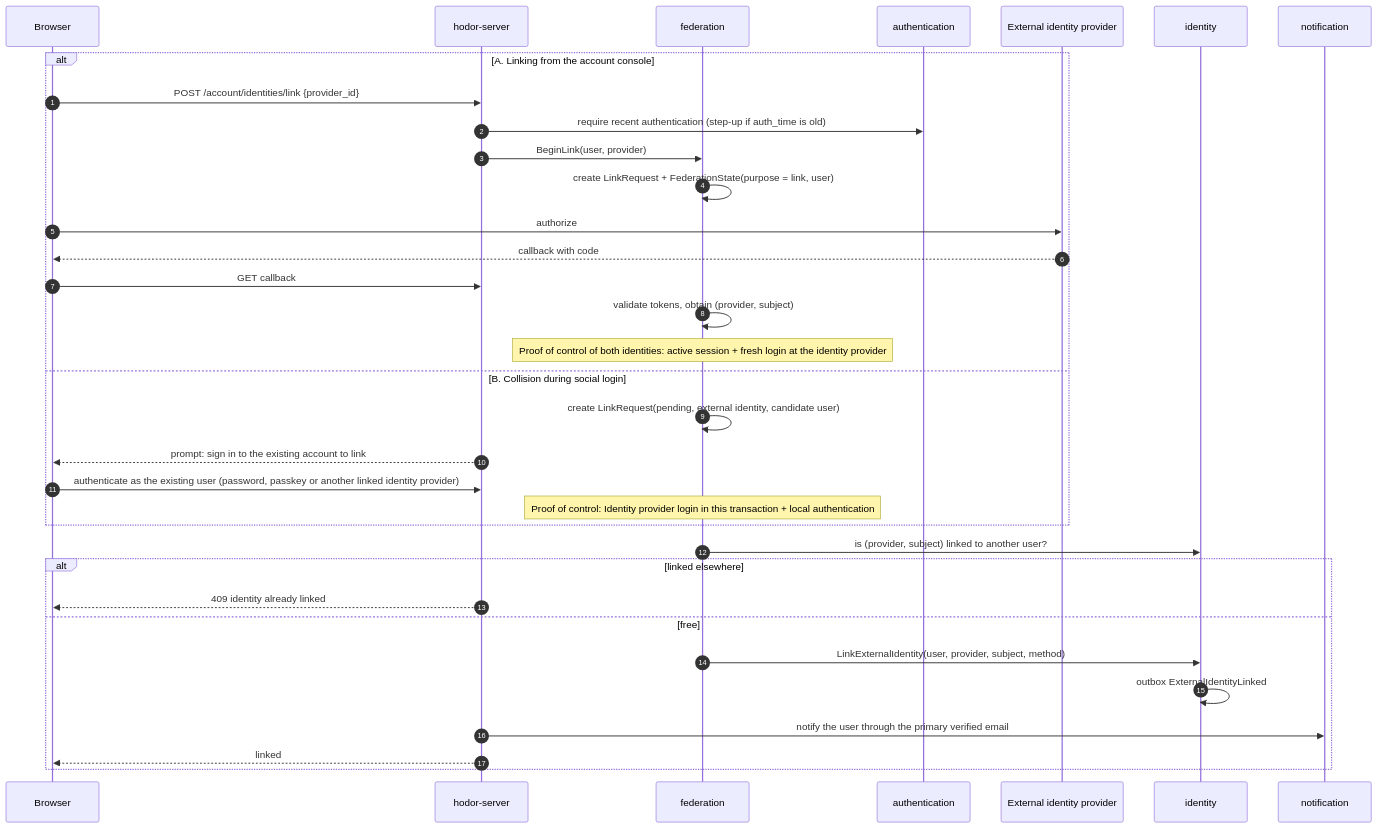
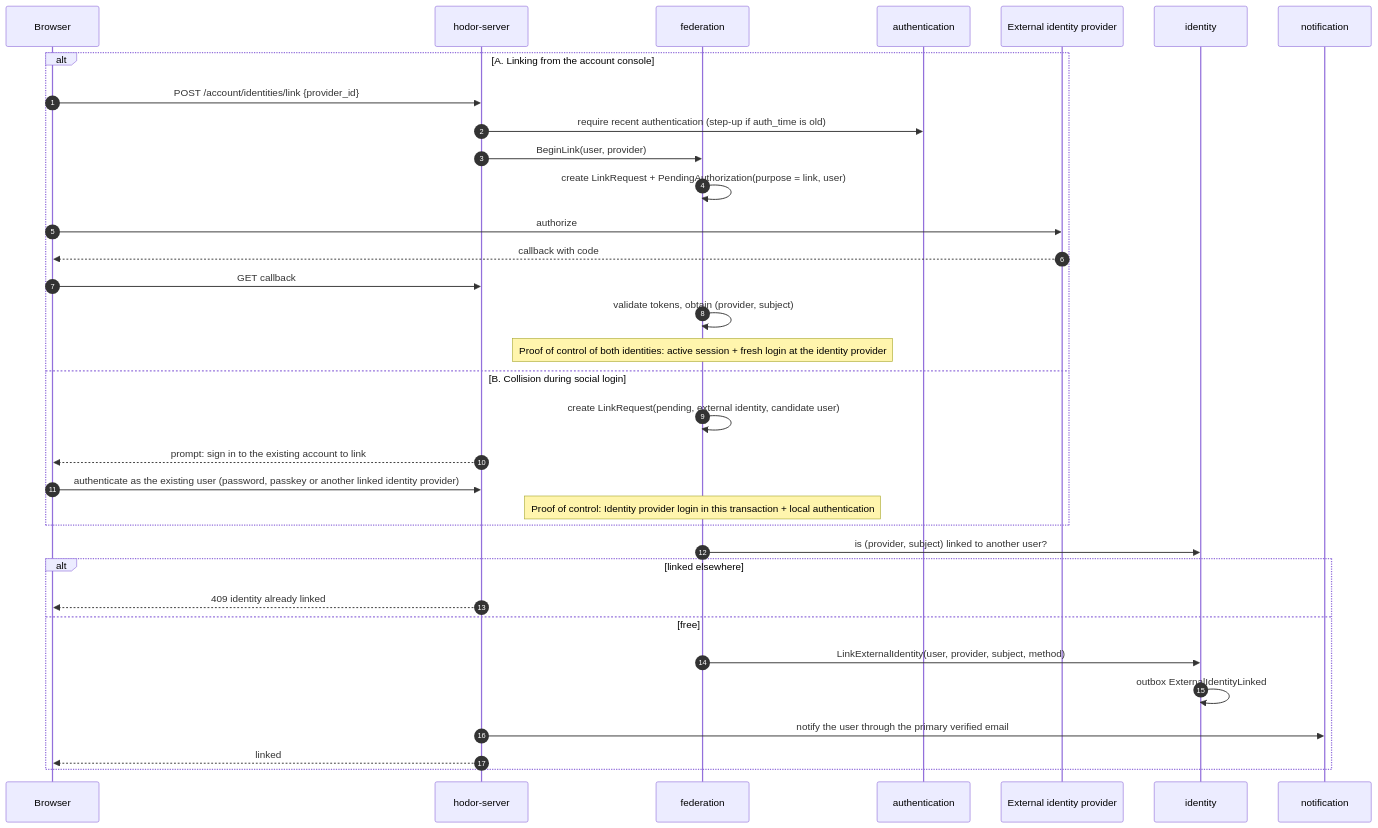
Before and after one commit to ortisun/hodor: the fifth of 7 diagrams in docs/protocols/sequences.md, drawn with Mermaid. The commit also changed other lines of this file and 20 other files, not shown here.

First line of the commit message:
refactor(federation): call the record of a person away at a provider a pending authorization

````diff
--- a/docs/protocols/sequences.md
+++ b/docs/protocols/sequences.md
@@ -184,37 +184,37 @@
 ```mermaid
 sequenceDiagram
     autonumber
     participant Browser as Browser
     participant Server as hodor-server
     participant Federation as federation
     participant Authentication as authentication
     participant ExternalProvider as External identity provider
     participant Identity as identity
     participant Notification as notification
 
     alt A. Linking from the account console
         Browser->>Server: POST /account/identities/link {provider_id}
         Server->>Authentication: require recent authentication (step-up if auth_time is old)
         Server->>Federation: BeginLink(user, provider)
-        Federation->>Federation: create LinkRequest + FederationState(purpose = link, user)
+        Federation->>Federation: create LinkRequest + PendingAuthorization(purpose = link, user)
         Browser->>ExternalProvider: authorize
         ExternalProvider-->>Browser: callback with code
         Browser->>Server: GET callback
         Federation->>Federation: validate tokens, obtain (provider, subject)
         Note over Federation: Proof of control of both identities: active session + fresh login at the identity provider
     else B. Collision during social login
         Federation->>Federation: create LinkRequest(pending, external identity, candidate user)
         Server-->>Browser: prompt: sign in to the existing account to link
         Browser->>Server: authenticate as the existing user (password, passkey or another linked identity provider)
         Note over Federation: Proof of control: Identity provider login in this transaction + local authentication
     end
     Federation->>Identity: is (provider, subject) linked to another user?
     alt linked elsewhere
         Server-->>Browser: 409 identity already linked
     else free
         Federation->>Identity: LinkExternalIdentity(user, provider, subject, method)
         Identity->>Identity: outbox ExternalIdentityLinked
         Server->>Notification: notify the user through the primary verified email
         Server-->>Browser: linked
     end
 ```
````
